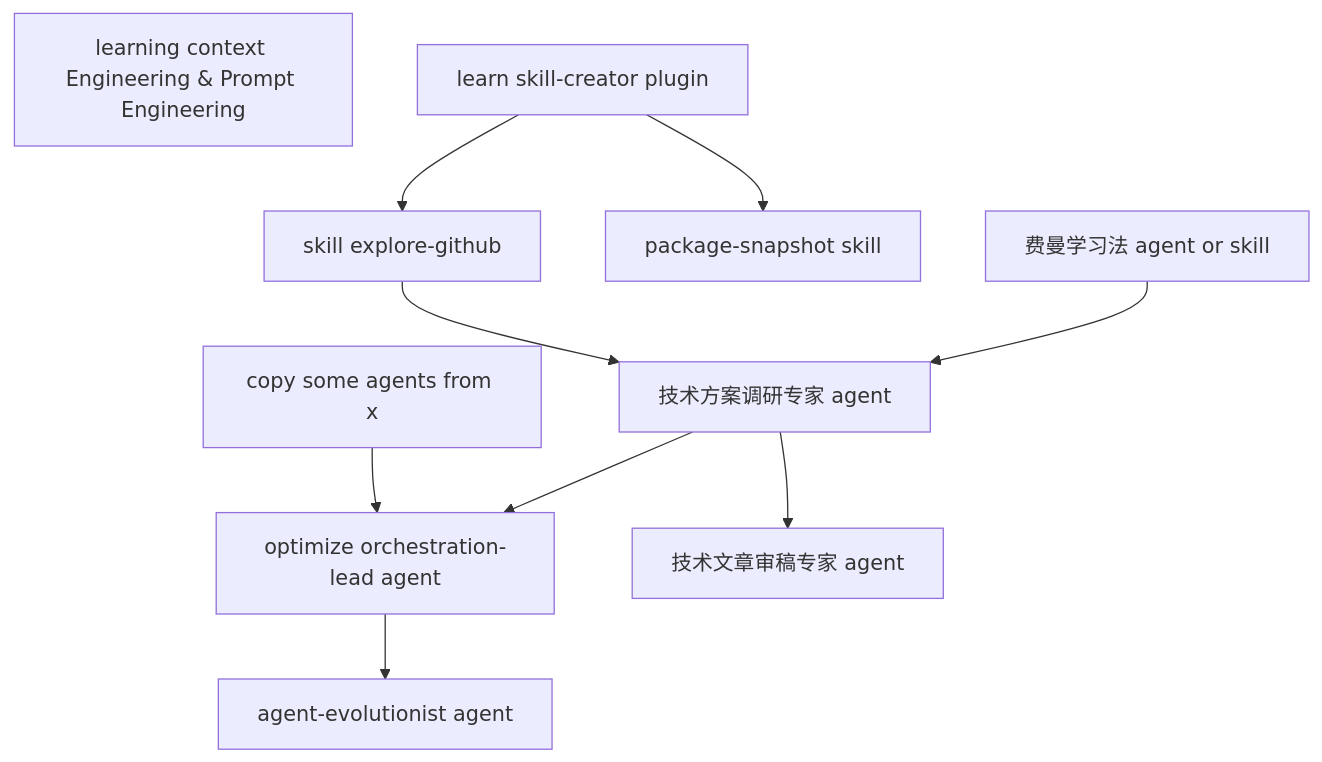
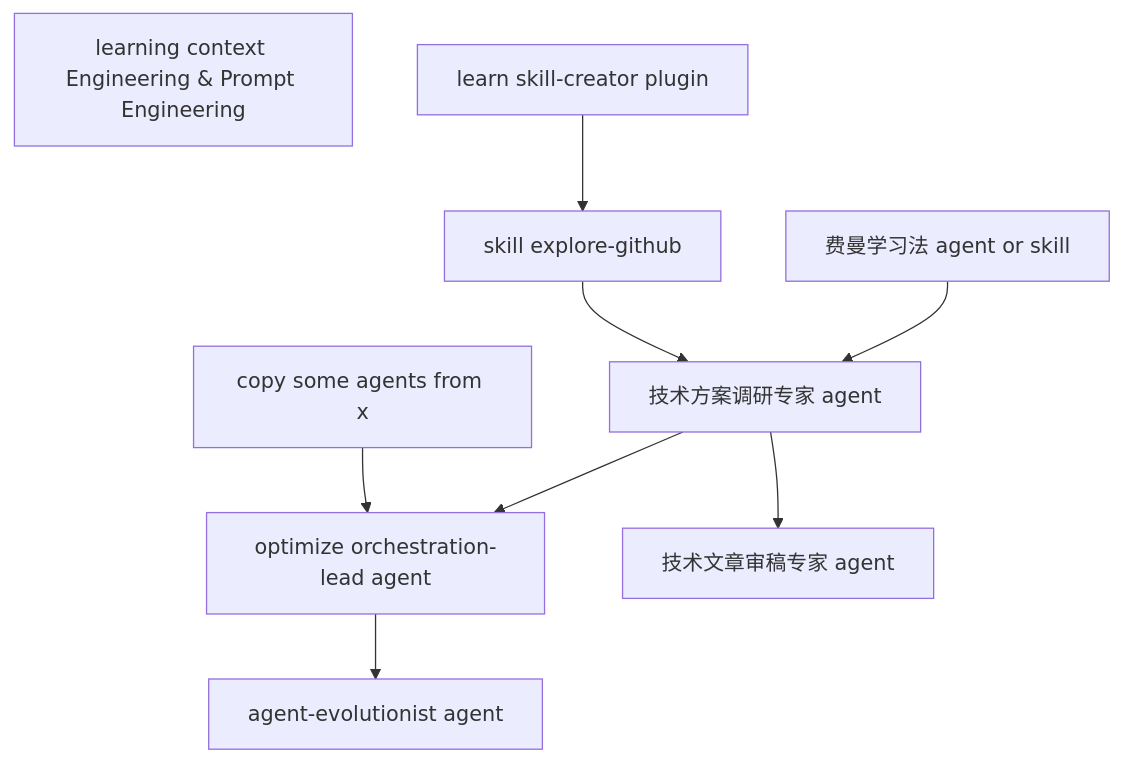
Before and after one commit to YMoose/my-claude-sidekick: the diagram in todos.md, drawn with Mermaid. The commit also changed other lines of this file, not shown here.

Commit message:
update todo

````diff
--- a/todos.md
+++ b/todos.md
@@ -74,22 +76,20 @@
 ```mermaid
 flowchart TD
     20260225_0["copy some agents from x"]
     20260225_1["optimize orchestration-lead agent"]
     20260225_2["agent-evolutionist agent"]
     20260225_3["skill explore-github"]
     20260225_4["技术方案调研专家 agent"]
     20260225_5["技术文章审稿专家 agent"]
     20260226_6["learning context Engineering & Prompt Engineering"]
-    20260301_7["package-snapshot skill"]
-    20260311_8["learn skill-creator plugin"]
-    20260312_9["费曼学习法 agent or skill"]
+    20260311_7["learn skill-creator plugin"]
+    20260312_8["费曼学习法 agent or skill"]
 
     20260225_0 --> 20260225_1
     20260225_1 --> 20260225_2
     20260225_4 --> 20260225_1
     20260225_3 --> 20260225_4
     20260225_4 --> 20260225_5
-    20260312_9 --> 20260225_4
-    20260311_8 --> 20260225_3
-    20260311_8 --> 20260301_7
+    20260311_7 --> 20260225_3
+    20260312_8 --> 20260225_4
 ```
````
